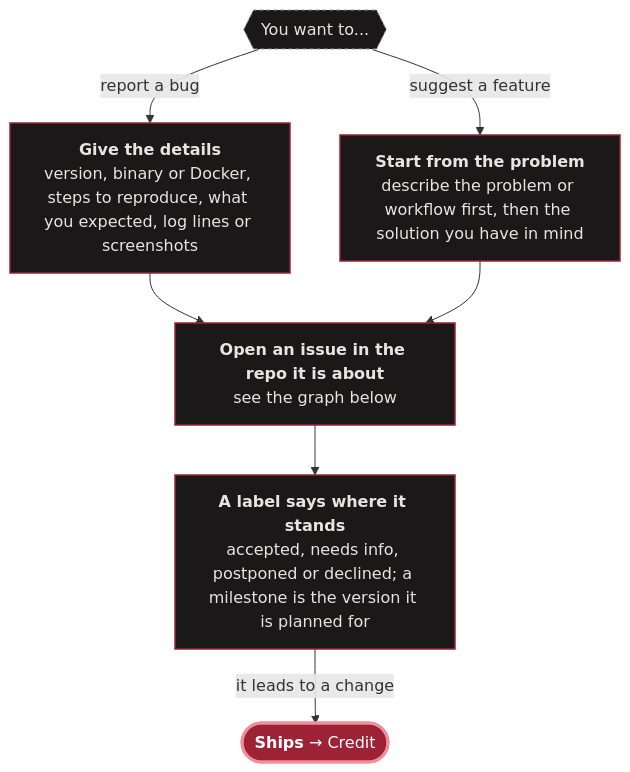
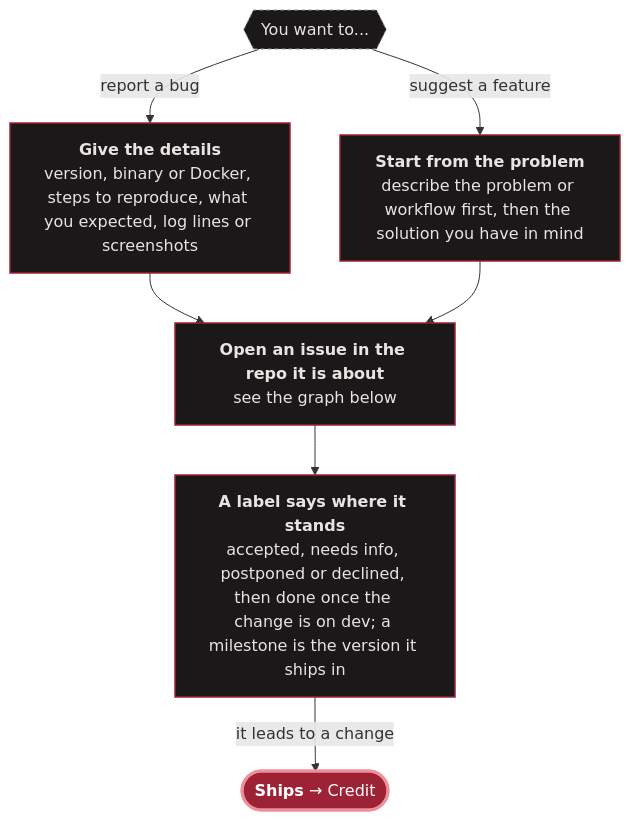
One commit to monbooru/monbooru changed the second of 8 diagrams in CONTRIBUTING.md. Above: the diagram before and after it, drawn with Mermaid.

Commit message:
docs(contributing): the done label

````diff
--- a/CONTRIBUTING.md
+++ b/CONTRIBUTING.md
@@ -65,29 +65,29 @@
 ```mermaid
 ---
 config:
   layout: dagre
   flowchart:
     wrappingWidth: 220
 ---
 flowchart TD
     want{{"You want to..."}}
     want -->|"report a bug"| bug["`**Give the details**
     version, binary or Docker, steps to reproduce, what you expected, log lines or screenshots`"]
     want -->|"suggest a feature"| idea["`**Start from the problem**
     describe the problem or workflow first, then the solution you have in mind`"]
     bug & idea --> issue["`**Open an issue in the repo it is about**
     see the graph below`"]
     issue --> state["`**A label says where it stands**
-    accepted, needs info, postponed or declined; a milestone is the version it is planned for`"]
+    accepted, needs info, postponed or declined, then done once the change is on dev; a milestone is the version it ships in`"]
     state -->|"it leads to a change"| ship(["`**Ships** → Credit`"])
 
     class ship hub;
     class bug,idea,issue,state step;
     class want ask;
 
     classDef hub  fill:#9d2235,stroke:#ef8f99,stroke-width:3px,color:#ffffff;
     classDef case fill:#3a161c,stroke:#ef8f99,stroke-width:1.5px,color:#ffffff;
     classDef step fill:#1a1818,stroke:#9d2235,stroke-width:1.5px,color:#e8e4e2;
     classDef ask  fill:#1a1818,stroke:#a09898,stroke-width:1px,stroke-dasharray:4 3,color:#e8e4e2;
     classDef repo fill:#1a1818,stroke:#a09898,stroke-width:1px,color:#a09898;
 ```
````
